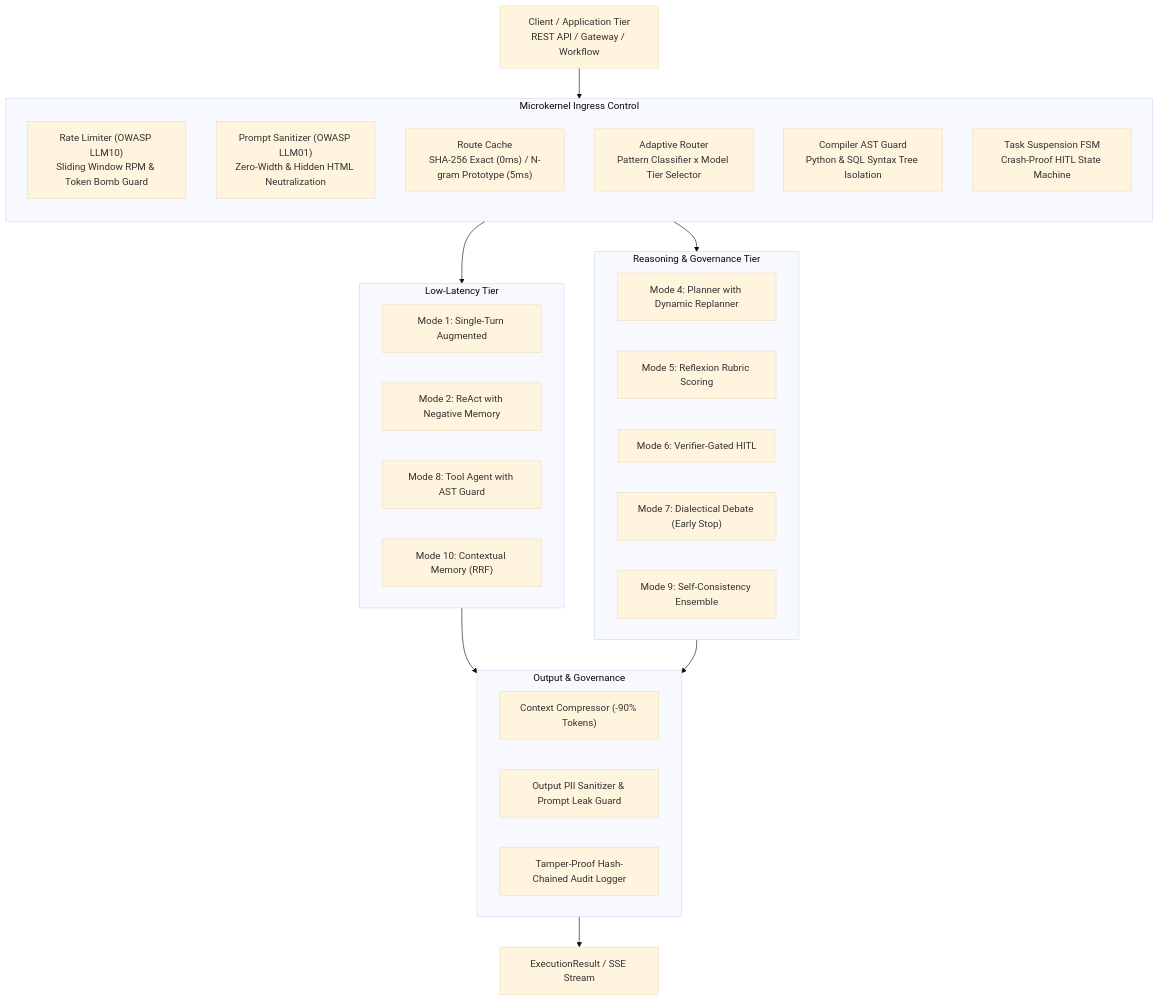
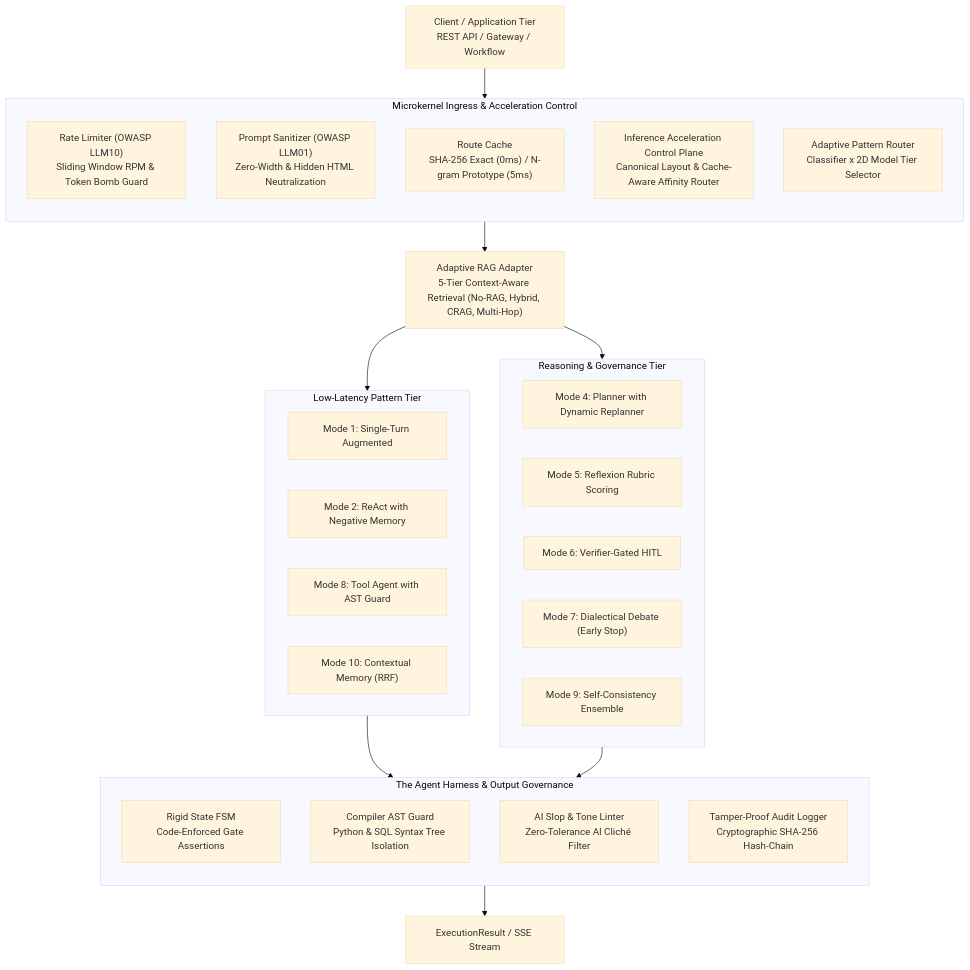
The diagram in README.md (yarin0324/adaptive-agent-router), drawn with Mermaid (base theme) before and after one commit.

Commit message:
docs: synchronize full Tri-Engine and Agent Harness architecture topology in README

````diff
--- a/README.md
+++ b/README.md
@@ -73,41 +73,43 @@
 ```mermaid
 flowchart TD
     Client["Client / Application Tier<br>REST API / Gateway / Workflow"] --> Ingress
 
-    subgraph Ingress ["Microkernel Ingress Control"]
+    subgraph Ingress ["Microkernel Ingress & Acceleration Control"]
         direction TB
         RL["Rate Limiter (OWASP LLM10)<br>Sliding Window RPM & Token Bomb Guard"]
         Sanitizer["Prompt Sanitizer (OWASP LLM01)<br>Zero-Width & Hidden HTML Neutralization"]
         Cache["Route Cache<br>SHA-256 Exact (0ms) / N-gram Prototype (5ms)"]
-        Router["Adaptive Router<br>Pattern Classifier x Model Tier Selector"]
-        AST["Compiler AST Guard<br>Python & SQL Syntax Tree Isolation"]
-        FSM["Task Suspension FSM<br>Crash-Proof HITL State Machine"]
+        AccCtrl["Inference Acceleration Control Plane<br>Canonical Layout & Cache-Aware Affinity Router"]
+        Router["Adaptive Pattern Router<br>Classifier x 2D Model Tier Selector"]
     end
 
-    Ingress --> LowTier & HighTier
+    Ingress --> RAGLayer["Adaptive RAG Adapter<br>5-Tier Context-Aware Retrieval (No-RAG, Hybrid, CRAG, Multi-Hop)"]
+    RAGLayer --> LowTier & HighTier
 
-    subgraph LowTier ["Low-Latency Tier"]
+    subgraph LowTier ["Low-Latency Pattern Tier"]
         M1["Mode 1: Single-Turn Augmented"]
         M2["Mode 2: ReAct with Negative Memory"]
         M8["Mode 8: Tool Agent with AST Guard"]
         M10["Mode 10: Contextual Memory (RRF)"]
     end
 
     subgraph HighTier ["Reasoning & Governance Tier"]
         M4["Mode 4: Planner with Dynamic Replanner"]
         M5["Mode 5: Reflexion Rubric Scoring"]
         M6["Mode 6: Verifier-Gated HITL"]
         M7["Mode 7: Dialectical Debate (Early Stop)"]
         M9["Mode 9: Self-Consistency Ensemble"]
     end
 
-    LowTier & HighTier --> PostProcess
+    LowTier & HighTier --> HarnessLayer
 
-    subgraph PostProcess ["Output & Governance"]
-        Compress["Context Compressor (-90% Tokens)"]
-        PII["Output PII Sanitizer & Prompt Leak Guard"]
-        Audit["Tamper-Proof Hash-Chained Audit Logger"]
+    subgraph HarnessLayer ["The Agent Harness & Output Governance"]
+        direction TB
+        FSM["Rigid State FSM<br>Code-Enforced Gate Assertions"]
+        AST["Compiler AST Guard<br>Python & SQL Syntax Tree Isolation"]
+        Linter["AI Slop & Tone Linter<br>Zero-Tolerance AI Cliché Filter"]
+        Audit["Tamper-Proof Audit Logger<br>Cryptographic SHA-256 Hash-Chain"]
     end
 
-    PostProcess --> Out["ExecutionResult / SSE Stream"]
+    HarnessLayer --> Out["ExecutionResult / SSE Stream"]
 ```
````
